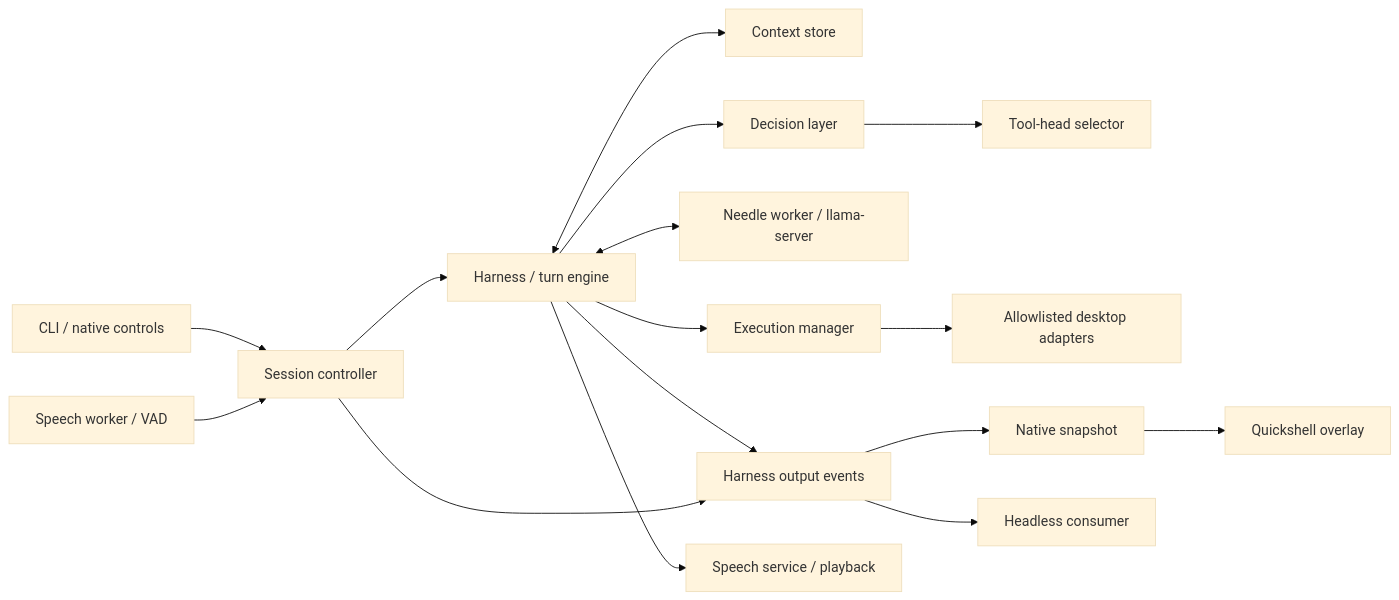
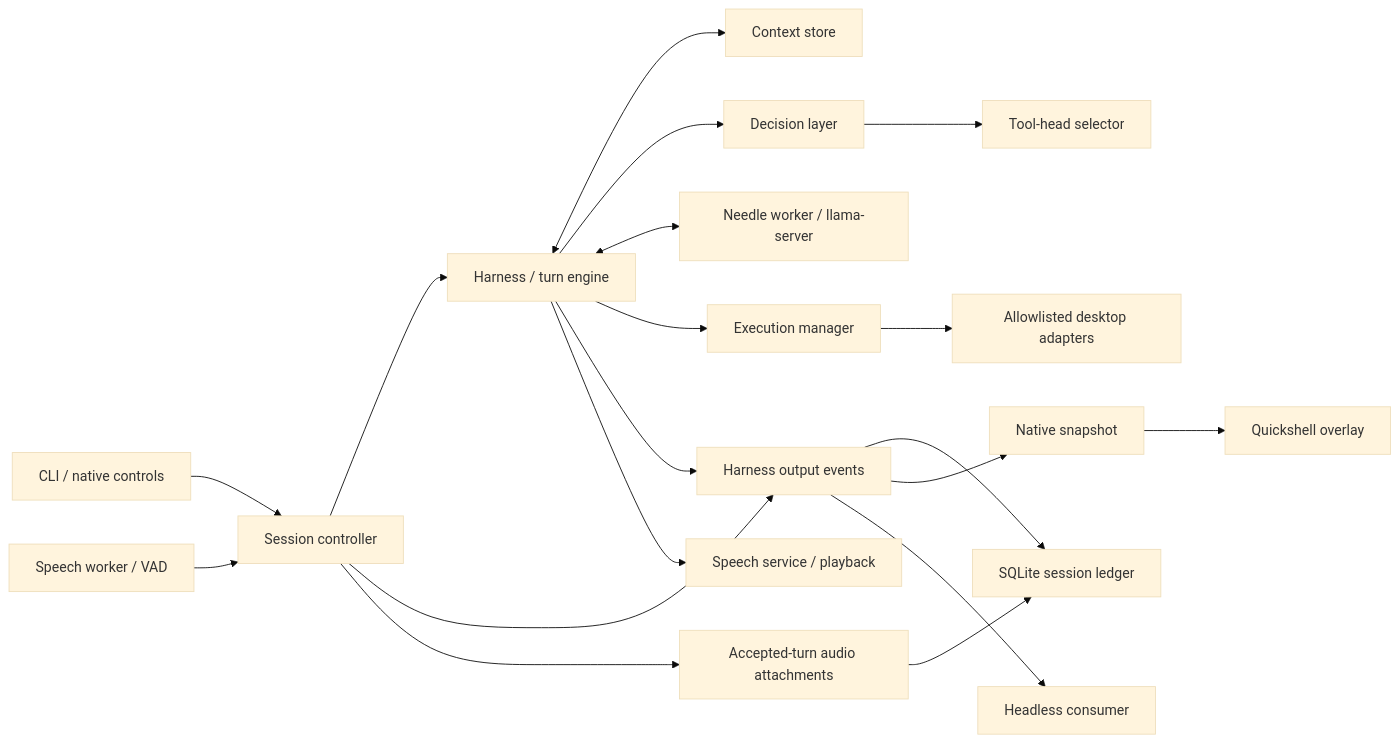
Before and after one commit to Janarthanam/agavai: the diagram in docs/architecture.md, drawn with Mermaid (base theme). The commit also changed other lines of this file and 34 other files, not shown here.

Commit message:
Persist harness sessions and accepted spoken-turn audio

```diff
--- a/docs/architecture.md
+++ b/docs/architecture.md
@@ -12,18 +12,21 @@
 ~~~mermaid
 flowchart LR
     CLI[CLI / native controls] --> Session[Session controller]
     ASR[Speech worker / VAD] --> Session
     Session --> Harness[Harness / turn engine]
     Harness <--> Context[Context store]
     Harness --> Decisions[Decision layer]
     Decisions --> Heads[Tool-head selector]
     Harness <--> Brain[Needle worker / llama-server]
     Harness --> Execute[Execution manager]
     Execute --> Tools[Allowlisted desktop adapters]
     Harness --> Events[Harness output events]
     Session --> Events
+    Events --> Ledger[SQLite session ledger]
+    Session --> Audio[Accepted-turn audio attachments]
+    Audio --> Ledger
     Events --> Snapshot[Native snapshot]
     Events --> Collector[Headless consumer]
     Snapshot --> UI[Quickshell overlay]
     Harness --> TTS[Speech service / playback]
 ~~~
```
